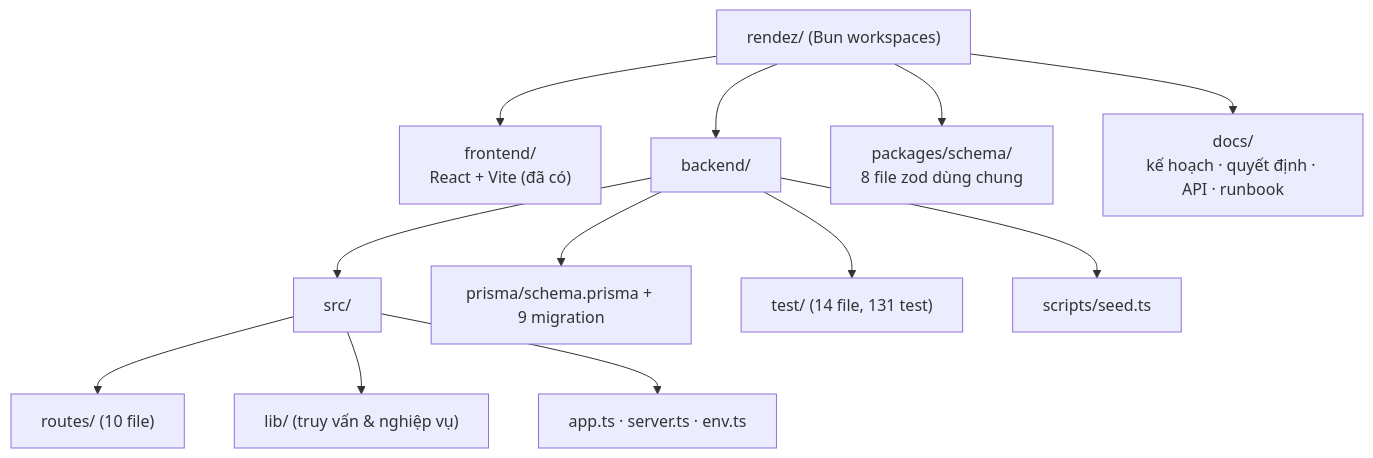
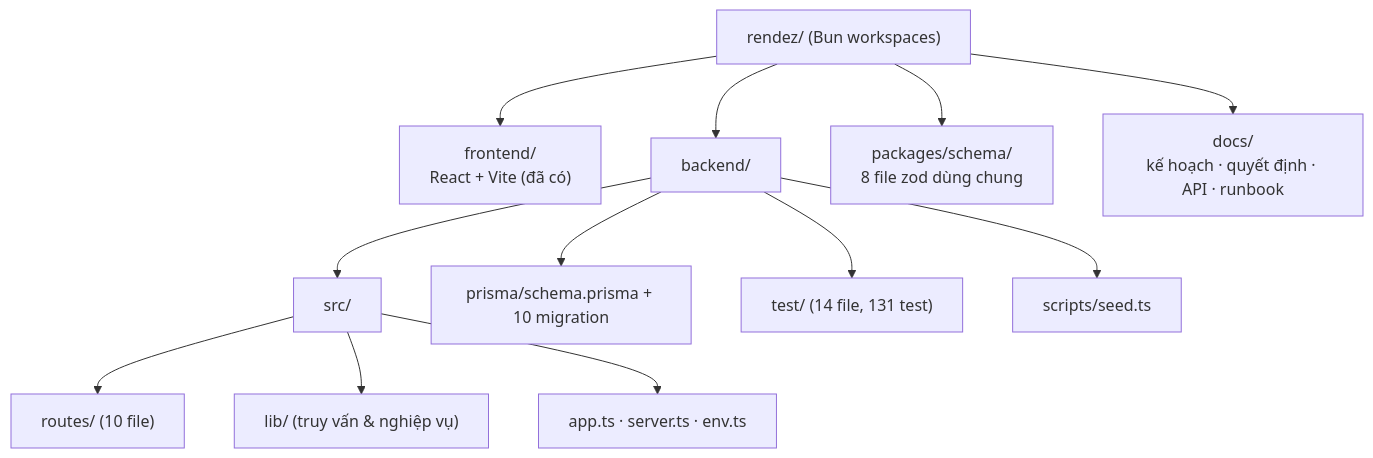
The sixth of 14 diagrams in docs/bao-cao/BAO-CAO-DO-AN.md (longqt321/Rendez-PBL6), drawn with Mermaid before and after one commit. The commit also changed other lines of this file and 1 other file, not shown here.

````diff
--- a/docs/bao-cao/BAO-CAO-DO-AN.md
+++ b/docs/bao-cao/BAO-CAO-DO-AN.md
@@ -442,15 +442,15 @@
 ```mermaid
 flowchart TB
   Root["rendez/ (Bun workspaces)"]
   Root --> FE["frontend/<br/>React + Vite (đã có)"]
   Root --> BE["backend/"]
   Root --> PKG["packages/schema/<br/>8 file zod dùng chung"]
   Root --> DOC["docs/<br/>kế hoạch · quyết định · API · runbook"]
   BE --> SRC["src/"]
   SRC --> R["routes/ (10 file)"]
   SRC --> L["lib/ (truy vấn & nghiệp vụ)"]
   SRC --> I["app.ts · server.ts · env.ts"]
-  BE --> PR["prisma/schema.prisma + 9 migration"]
+  BE --> PR["prisma/schema.prisma + 10 migration"]
   BE --> T["test/ (14 file, 131 test)"]
   BE --> SC["scripts/seed.ts"]
 ```
````
